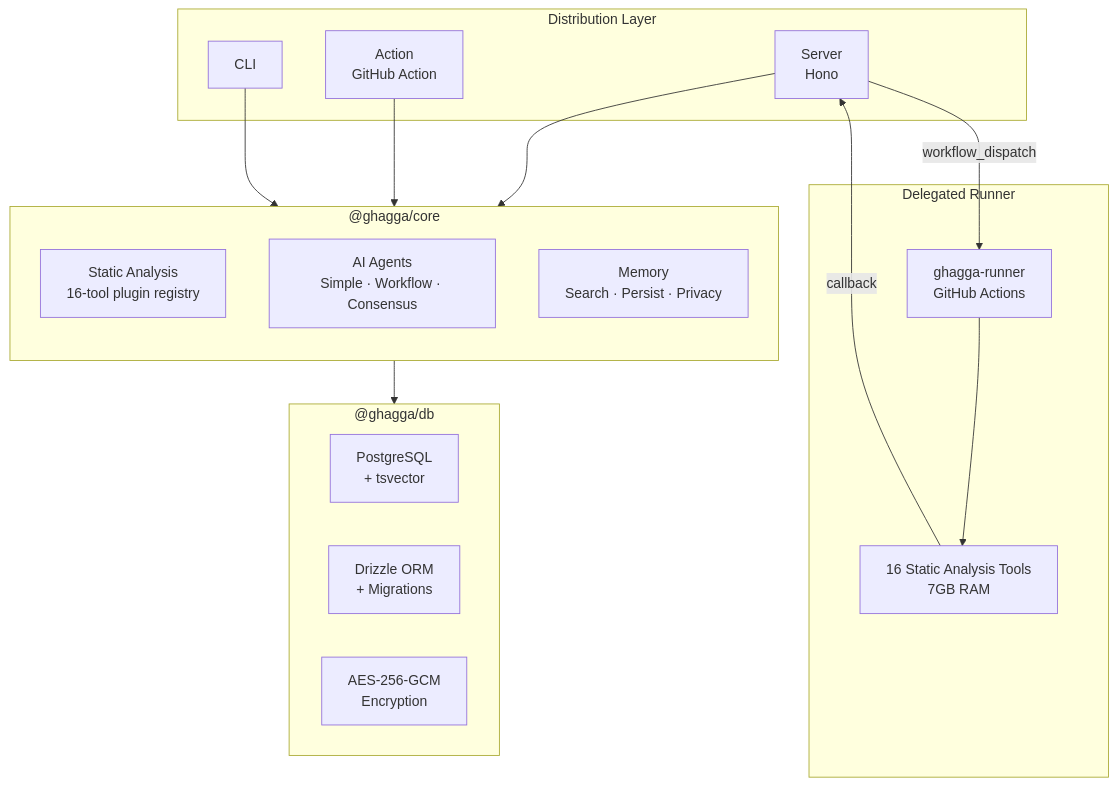
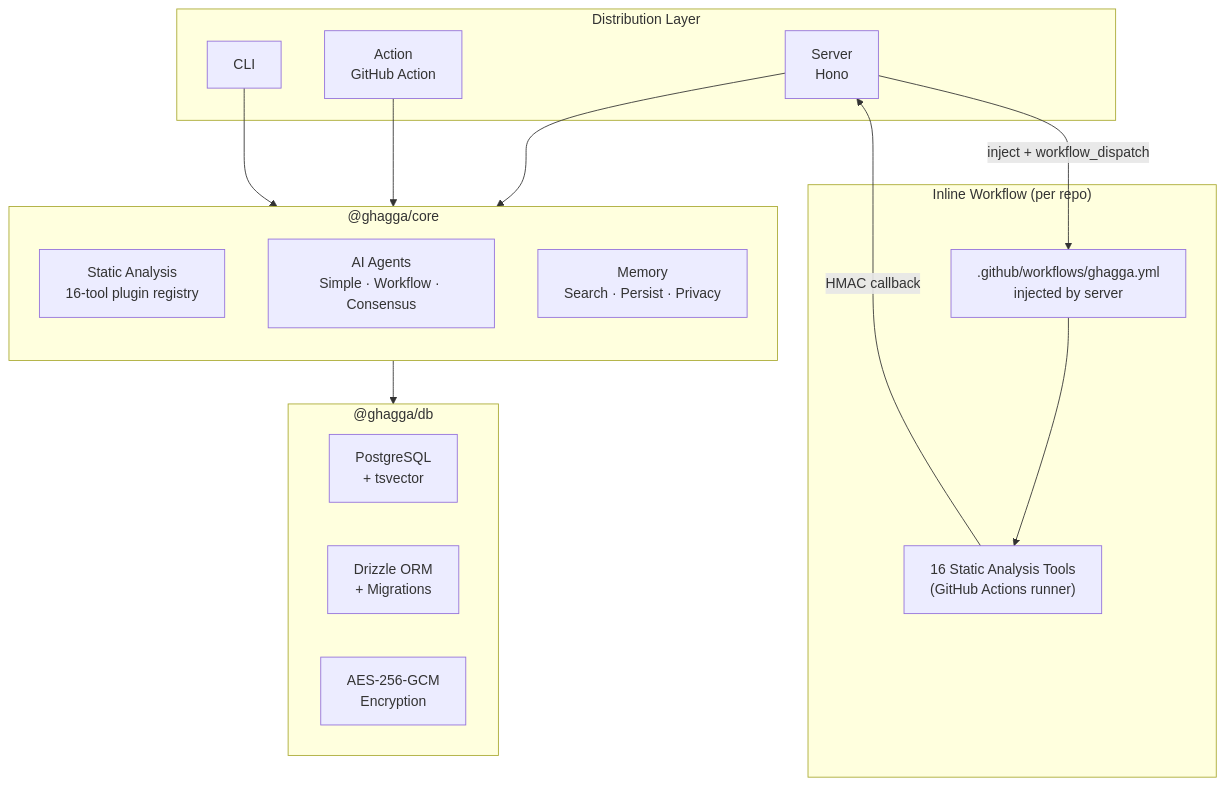
The first of 2 diagrams in docs/architecture.md (JNZader/ghagga), drawn with Mermaid before and after one commit. The commit also changed other lines of this file and 64 other files, not shown here.

````diff
--- a/docs/architecture.md
+++ b/docs/architecture.md
@@ -7,35 +7,35 @@
 ```mermaid
 graph TB
   subgraph Distribution["Distribution Layer"]
     Server["Server<br/>Hono"]
     Action["Action<br/>GitHub Action"]
     CLI["CLI"]
   end
 
-  subgraph Runner["Delegated Runner"]
-    RunnerRepo["ghagga-runner<br/>GitHub Actions"]
-    RunnerTools["16 Static Analysis Tools<br/>7GB RAM"]
+  subgraph Inline["Inline Workflow (per repo)"]
+    InlineYml[".github/workflows/ghagga.yml<br/>injected by server"]
+    InlineTools["16 Static Analysis Tools<br/>(GitHub Actions runner)"]
   end
 
   subgraph Core["@ghagga/core"]
     direction TB
     SA["Static Analysis<br/>16-tool plugin registry"]
     Agents["AI Agents<br/>Simple · Workflow · Consensus"]
     Memory["Memory<br/>Search · Persist · Privacy"]
   end
 
   subgraph DB["@ghagga/db"]
     PG["PostgreSQL<br/>+ tsvector"]
     Drizzle["Drizzle ORM<br/>+ Migrations"]
     Crypto["AES-256-GCM<br/>Encryption"]
   end
 
-  Server -- "workflow_dispatch" --> RunnerRepo
-  RunnerRepo --> RunnerTools
-  RunnerTools -- "callback" --> Server
+  Server -- "inject + workflow_dispatch" --> InlineYml
+  InlineYml --> InlineTools
+  InlineTools -- "HMAC callback" --> Server
 
   Server --> Core
   Action --> Core
   CLI --> Core
   Core --> DB
 ```
````
